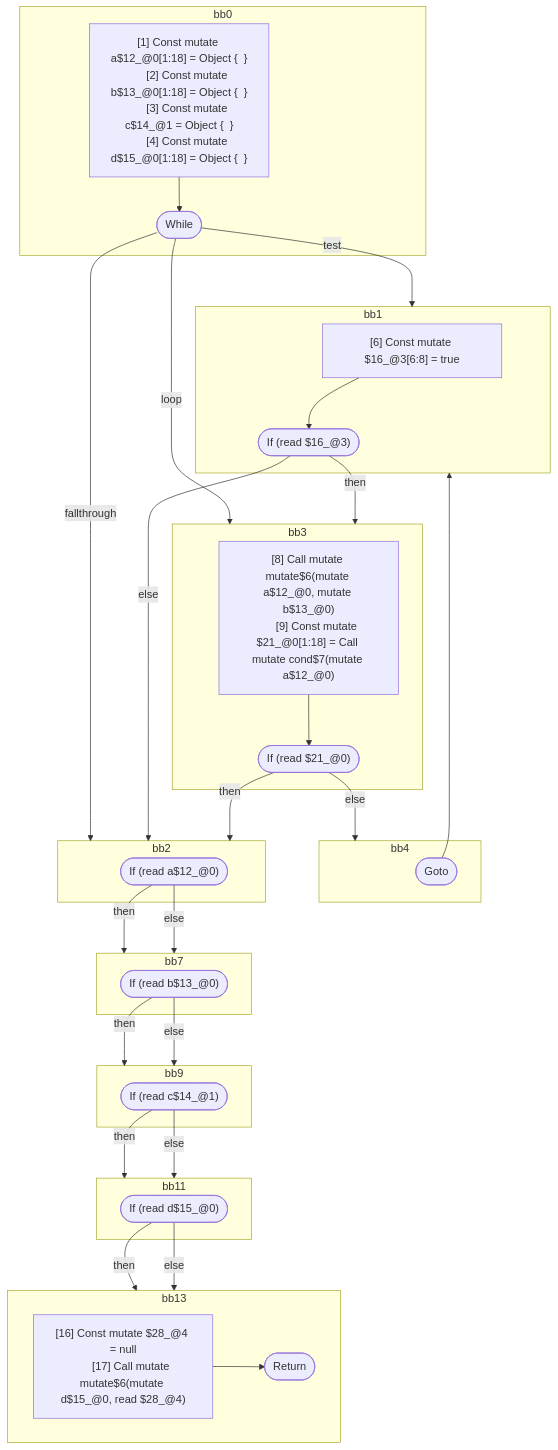
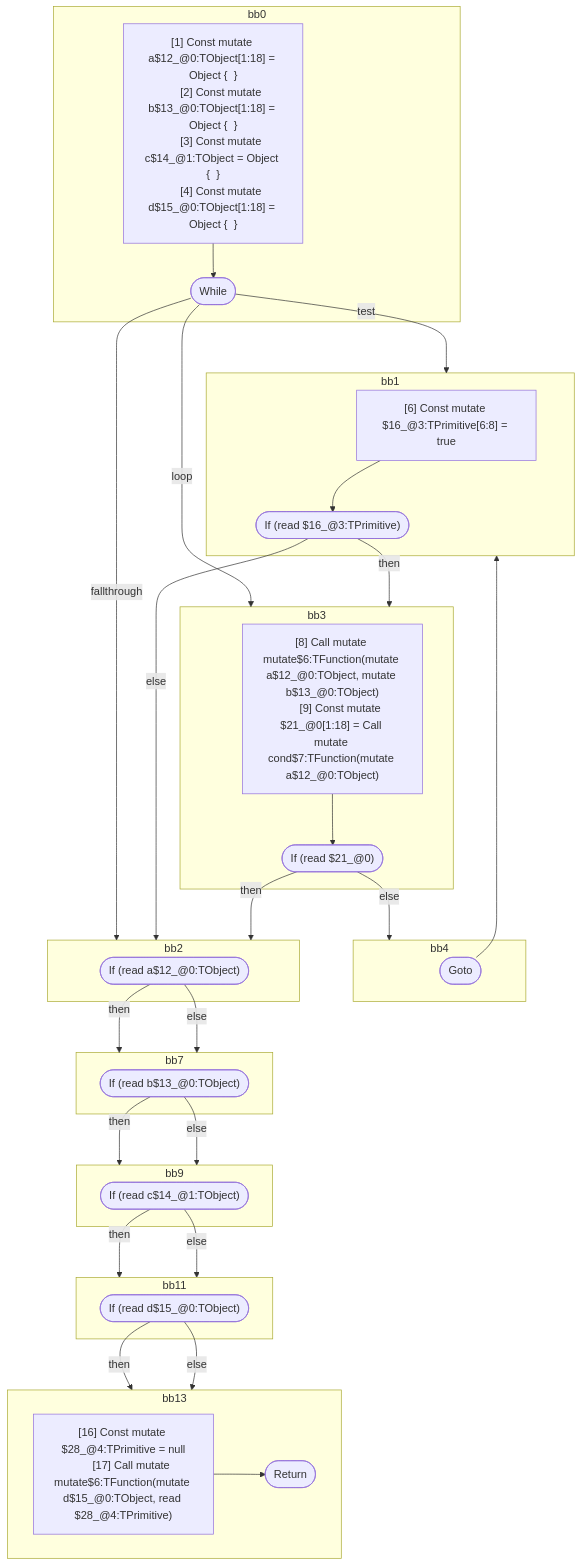
Before and after one commit to wutsmog/private: the third of 3 diagrams in compiler/forget/src/__tests__/fixtures/hir/mutable-liverange-loop.expect.md, drawn with Mermaid. The commit also changed other lines of this file and 112 other files, not shown here.

````diff
--- a/compiler/forget/src/__tests__/fixtures/hir/mutable-liverange-loop.expect.md
+++ b/compiler/forget/src/__tests__/fixtures/hir/mutable-liverange-loop.expect.md
@@ -195,67 +195,67 @@
 ```mermaid
 flowchart TB
   %% Basic Blocks
   subgraph bb0
     bb0_instrs["
-      [1] Const mutate a$12_@0[1:18] = Object {  }
-      [2] Const mutate b$13_@0[1:18] = Object {  }
-      [3] Const mutate c$14_@1 = Object {  }
-      [4] Const mutate d$15_@0[1:18] = Object {  }
+      [1] Const mutate a$12_@0:TObject[1:18] = Object {  }
+      [2] Const mutate b$13_@0:TObject[1:18] = Object {  }
+      [3] Const mutate c$14_@1:TObject = Object {  }
+      [4] Const mutate d$15_@0:TObject[1:18] = Object {  }
     "]
     bb0_instrs --> bb0_terminal(["While"])
   end
   subgraph bb1
     bb1_instrs["
-      [6] Const mutate $16_@3[6:8] = true
+      [6] Const mutate $16_@3:TPrimitive[6:8] = true
     "]
-    bb1_instrs --> bb1_terminal(["If (read $16_@3)"])
+    bb1_instrs --> bb1_terminal(["If (read $16_@3:TPrimitive)"])
   end
   subgraph bb3
     bb3_instrs["
-      [8] Call mutate mutate$6(mutate a$12_@0, mutate b$13_@0)
-      [9] Const mutate $21_@0[1:18] = Call mutate cond$7(mutate a$12_@0)
+      [8] Call mutate mutate$6:TFunction(mutate a$12_@0:TObject, mutate b$13_@0:TObject)
+      [9] Const mutate $21_@0[1:18] = Call mutate cond$7:TFunction(mutate a$12_@0:TObject)
     "]
     bb3_instrs --> bb3_terminal(["If (read $21_@0)"])
   end
   subgraph bb4
     bb4_terminal(["Goto"])
   end
   subgraph bb2
-    bb2_terminal(["If (read a$12_@0)"])
+    bb2_terminal(["If (read a$12_@0:TObject)"])
   end
   subgraph bb7
-    bb7_terminal(["If (read b$13_@0)"])
+    bb7_terminal(["If (read b$13_@0:TObject)"])
   end
   subgraph bb9
-    bb9_terminal(["If (read c$14_@1)"])
+    bb9_terminal(["If (read c$14_@1:TObject)"])
   end
   subgraph bb11
-    bb11_terminal(["If (read d$15_@0)"])
+    bb11_terminal(["If (read d$15_@0:TObject)"])
   end
   subgraph bb13
     bb13_instrs["
-      [16] Const mutate $28_@4 = null
-      [17] Call mutate mutate$6(mutate d$15_@0, read $28_@4)
+      [16] Const mutate $28_@4:TPrimitive = null
+      [17] Call mutate mutate$6:TFunction(mutate d$15_@0:TObject, read $28_@4:TPrimitive)
     "]
     bb13_instrs --> bb13_terminal(["Return"])
   end
 
   %% Jumps
   bb0_terminal -- "test" --> bb1
   bb0_terminal -- "loop" --> bb3
   bb0_terminal -- "fallthrough" --> bb2
   bb1_terminal -- "then" --> bb3
   bb1_terminal -- "else" --> bb2
   bb3_terminal -- "then" --> bb2
   bb3_terminal -- "else" --> bb4
   bb4_terminal --> bb1
   bb2_terminal -- "then" --> bb7
   bb2_terminal -- "else" --> bb7
   bb7_terminal -- "then" --> bb9
   bb7_terminal -- "else" --> bb9
   bb9_terminal -- "then" --> bb11
   bb9_terminal -- "else" --> bb11
   bb11_terminal -- "then" --> bb13
   bb11_terminal -- "else" --> bb13
 
 ```
````
